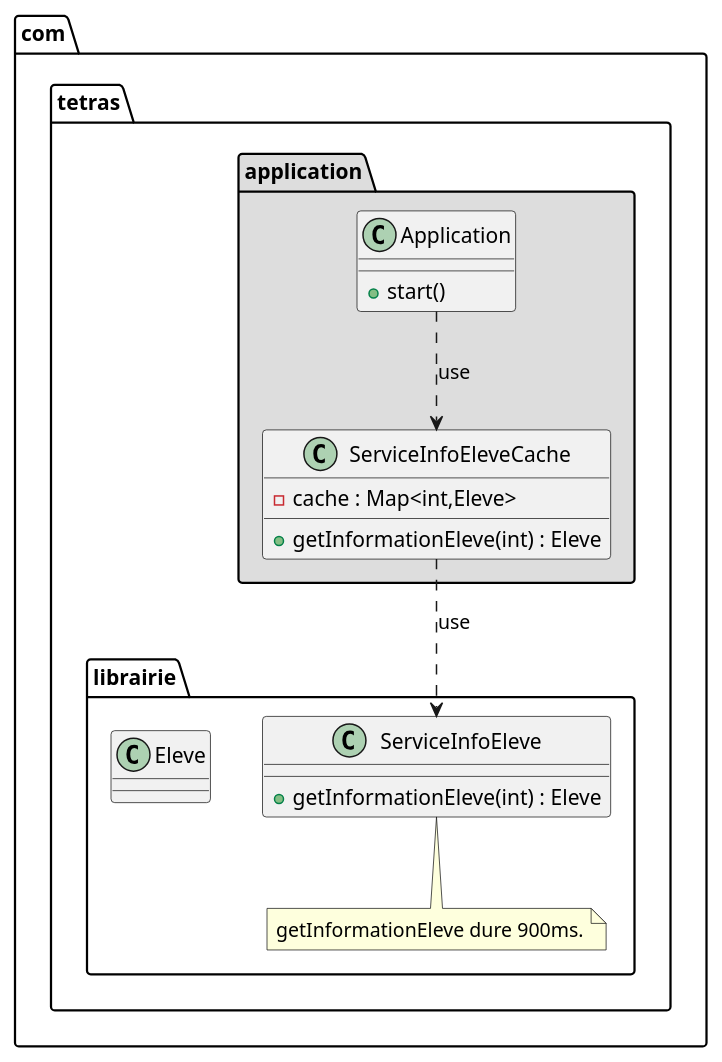
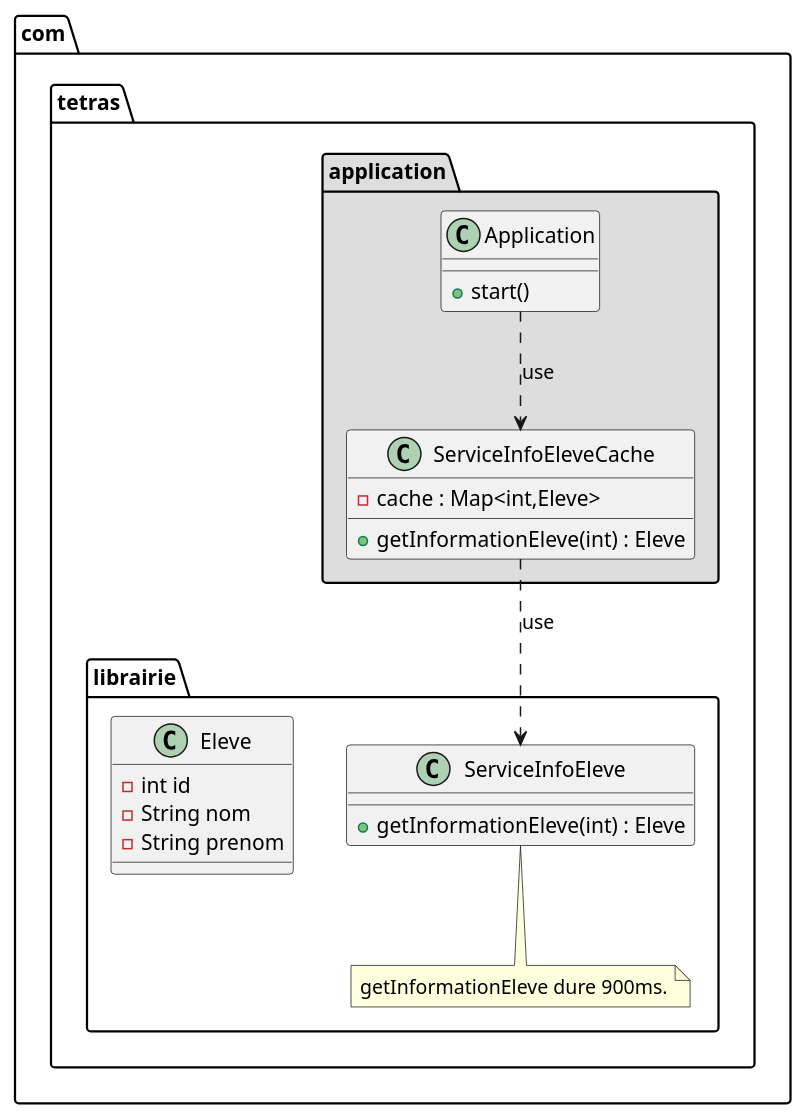
Before and after one commit to jandry/design-pattern: the diagram in src/uml/lazyinitializationClass.puml, drawn with PlantUML.

Commit message:
change attribute

```diff
--- a/src/uml/lazyinitializationClass.puml
+++ b/src/uml/lazyinitializationClass.puml
@@ -1,25 +1,31 @@
 @startuml LazyInitialization
 
 package com.tetras.librairie {
   class ServiceInfoEleve { 
       + getInformationEleve(int) : Eleve
   }
+  
   note bottom of ServiceInfoEleve : getInformationEleve dure 900ms.
-  class Eleve
+  
+  class Eleve {
+      - int id
+      - String nom
+      - String prenom
+  }
 }
 
 package com.tetras.application #DDDDDD {
   class Application { 
       + start()
   }
   class ServiceInfoEleveCache { 
     - cache : Map<int,Eleve>  
     + getInformationEleve(int) : Eleve
   }
 }
 
 Application ..> ServiceInfoEleveCache : use
 ServiceInfoEleveCache ..> ServiceInfoEleve : use
 
 
 @enduml
```
